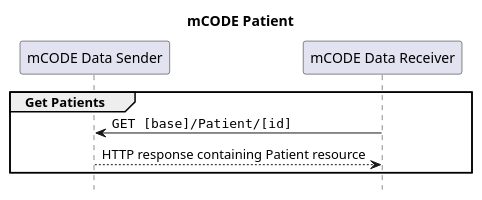
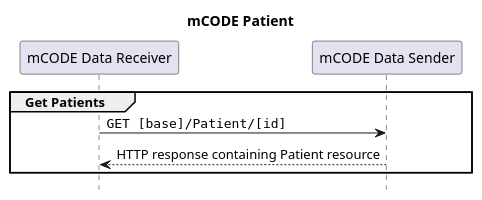
Before and after one commit to HL7/fhir-mCODE-ig: the diagram in input/images-source/mcode-patient-pull.plantuml, drawn with PlantUML. The commit also changed other lines of this file and 5 other files, not shown here.

Commit message:
Swap position of sender and receiver in PlantUML diagrams

```diff
--- a/input/images-source/mcode-patient-pull.plantuml
+++ b/input/images-source/mcode-patient-pull.plantuml
@@ -1,15 +1,15 @@
 @startuml
 skinparam defaultFontName Arial
 
 title mCODE Patient
 hide footbox
+participant "mCODE Data Receiver" as Receiver
 participant "mCODE Data Sender" as Sender
-participant "mCODE Data Receiver" as Receiver
 
 group Get Patients
     "Receiver" -> "Sender" : ""GET [base]/Patient/[id]""
     "Sender" --> "Receiver" : HTTP response containing Patient resource
 end
 
 
 @enduml
```
